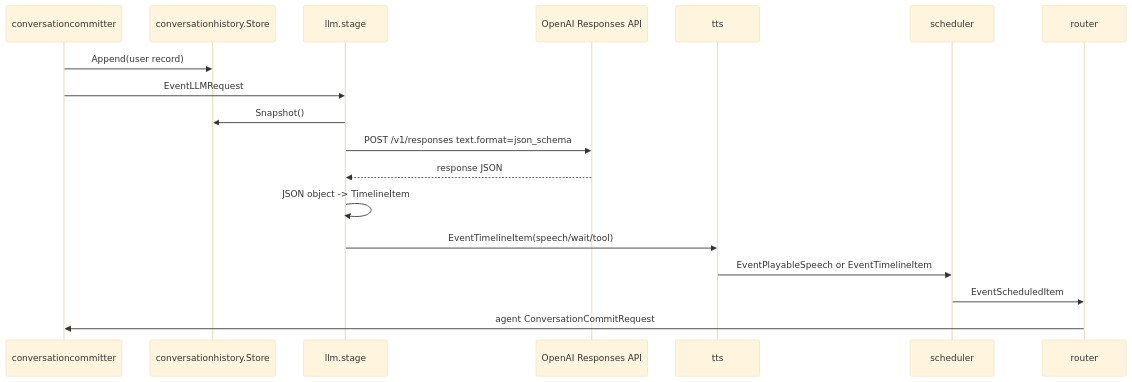
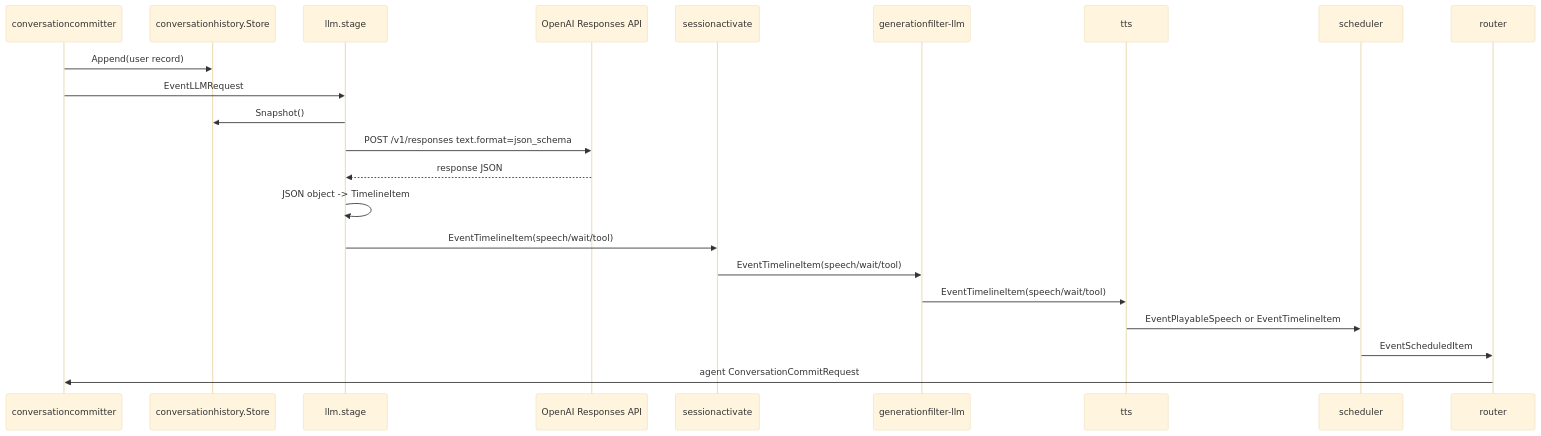
Before and after one commit to tetetratra/smart-speaker: the first of 3 diagrams in docs/components/llm.md, drawn with Mermaid (base theme). The commit also changed other lines of this file and 8 other files, not shown here.

````diff
--- a/docs/components/llm.md
+++ b/docs/components/llm.md
@@ -64,21 +64,25 @@
 ```mermaid
 sequenceDiagram
   participant Committer as conversationcommitter
   participant History as conversationhistory.Store
   participant LLM as llm.stage
   participant OpenAI as OpenAI Responses API
+  participant SA as sessionactivate
+  participant GF as generationfilter-llm
   participant TTS as tts
   participant Scheduler as scheduler
   participant Router as router
 
   Committer->>History: Append(user record)
   Committer->>LLM: EventLLMRequest
   LLM->>History: Snapshot()
   LLM->>OpenAI: POST /v1/responses text.format=json_schema
   OpenAI-->>LLM: response JSON
   LLM->>LLM: JSON object -> TimelineItem
-  LLM->>TTS: EventTimelineItem(speech/wait/tool)
+  LLM->>SA: EventTimelineItem(speech/wait/tool)
+  SA->>GF: EventTimelineItem(speech/wait/tool)
+  GF->>TTS: EventTimelineItem(speech/wait/tool)
   TTS->>Scheduler: EventPlayableSpeech or EventTimelineItem
   Scheduler->>Router: EventScheduledItem
   Router->>Committer: agent ConversationCommitRequest
 ```
````
